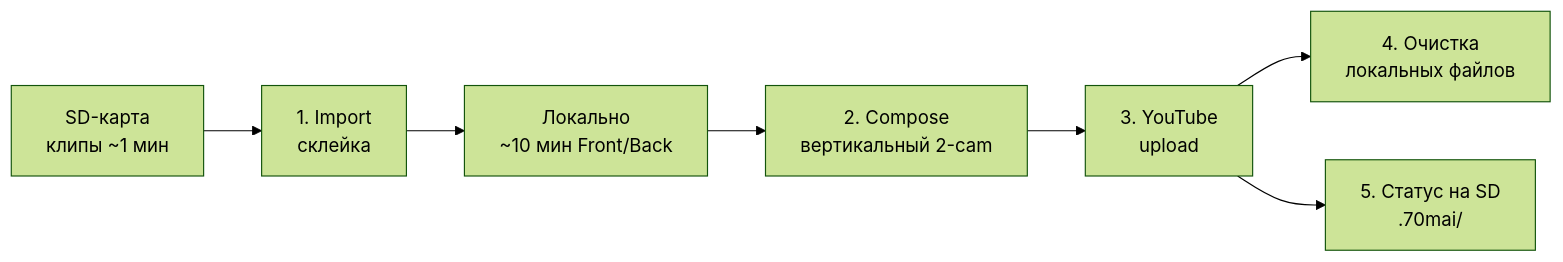
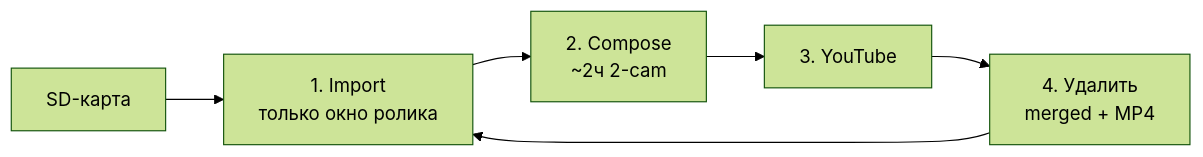
The diagram in README.md (cuthbertnogood/70mai-project), drawn with Mermaid (forest theme) before and after one commit. The commit also changed other lines of this file and 1 other file, not shown here.

````diff
--- a/README.md
+++ b/README.md
@@ -11,9 +11,8 @@
 ```mermaid
 flowchart LR
-  SD["SD-карта<br/>клипы ~1 мин"] --> IMP["1. Import<br/>склейка"]
-  IMP --> MERGED["Локально<br/>~10 мин Front/Back"]
-  MERGED --> COMP["2. Compose<br/>вертикальный 2-cam"]
-  COMP --> YT["3. YouTube<br/>upload"]
-  YT --> CLEAN["4. Очистка<br/>локальных файлов"]
-  YT --> META["5. Статус на SD<br/>.70mai/"]
+  SD["SD-карта"] --> IMP["1. Import<br/>только окно ролика"]
+  IMP --> COMP["2. Compose<br/>~2ч 2-cam"]
+  COMP --> YT["3. YouTube"]
+  YT --> DEL["4. Удалить<br/>merged + MP4"]
+  DEL --> IMP
 ```
````
